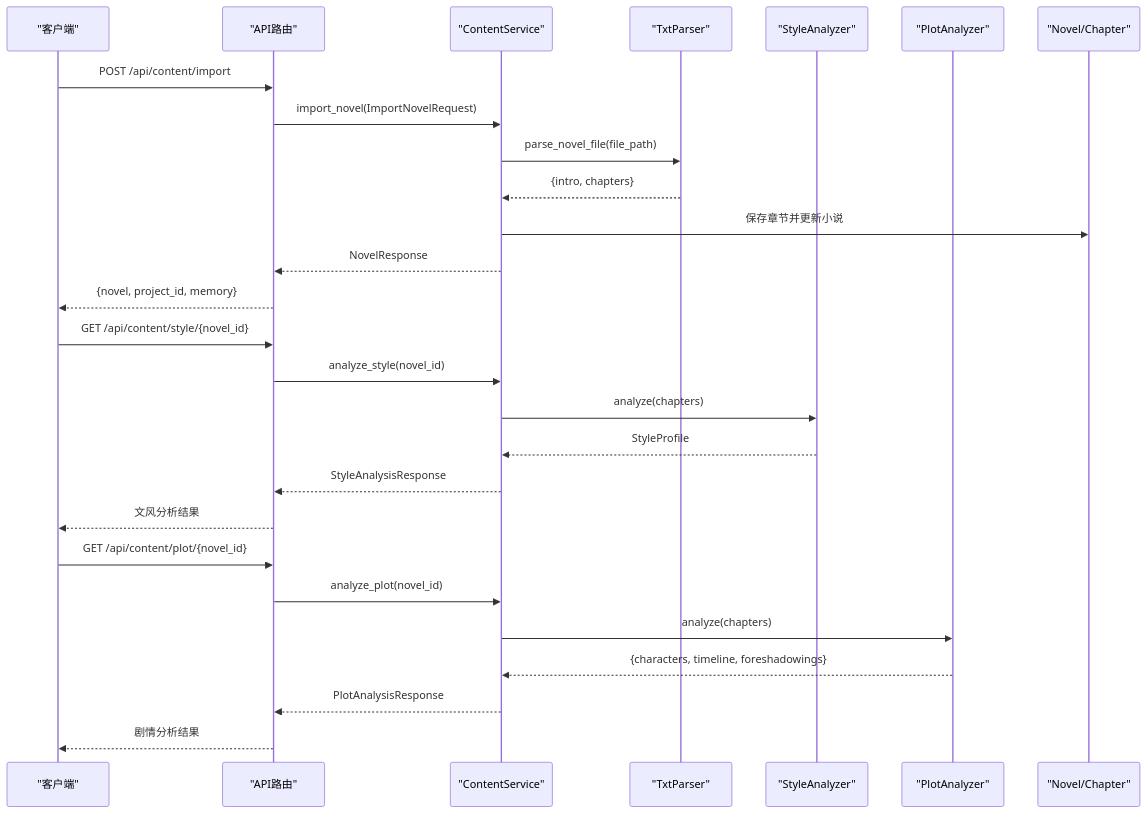
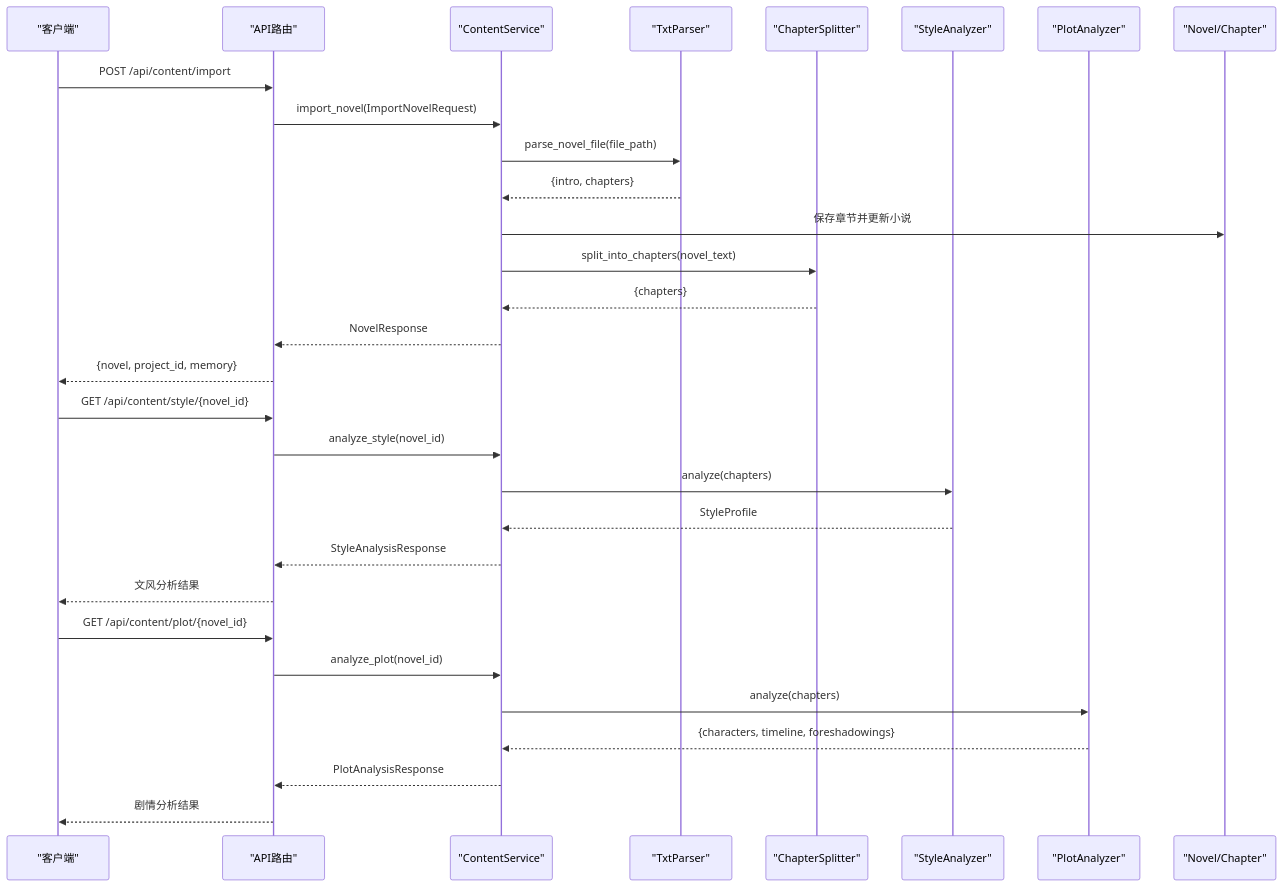
The second of 10 diagrams in .qoder/repowiki/zh/content/核心功能模块/小说导入与分析模块/小说导入与分析模块.md (octsfm/InkTrace), drawn with Mermaid before and after one commit. The commit also changed other lines of this file and 25 other files, not shown here.

````diff
--- a/.qoder/repowiki/zh/content/核心功能模块/小说导入与分析模块/小说导入与分析模块.md
+++ b/.qoder/repowiki/zh/content/核心功能模块/小说导入与分析模块/小说导入与分析模块.md
@@ -128,29 +139,32 @@
 ```mermaid
 sequenceDiagram
 participant 客户端 as "客户端"
 participant 路由 as "API路由"
 participant 服务 as "ContentService"
 participant 解析器 as "TxtParser"
+participant 分割器 as "ChapterSplitter"
 participant 文风 as "StyleAnalyzer"
 participant 剧情 as "PlotAnalyzer"
 participant 小说 as "Novel/Chapter"
 客户端->>路由 : POST /api/content/import
 路由->>服务 : import_novel(ImportNovelRequest)
 服务->>解析器 : parse_novel_file(file_path)
 解析器-->>服务 : {intro, chapters}
 服务->>小说 : 保存章节并更新小说
+服务->>分割器 : split_into_chapters(novel_text)
+分割器-->>服务 : {chapters}
 服务-->>路由 : NovelResponse
 路由-->>客户端 : {novel, project_id, memory}
 客户端->>路由 : GET /api/content/style/{novel_id}
 路由->>服务 : analyze_style(novel_id)
 服务->>文风 : analyze(chapters)
 文风-->>服务 : StyleProfile
 服务-->>路由 : StyleAnalysisResponse
 路由-->>客户端 : 文风分析结果
 客户端->>路由 : GET /api/content/plot/{novel_id}
 路由->>服务 : analyze_plot(novel_id)
 服务->>剧情 : analyze(chapters)
 剧情-->>服务 : {characters, timeline, foreshadowings}
 服务-->>路由 : PlotAnalysisResponse
 路由-->>客户端 : 剧情分析结果
 ```
````
